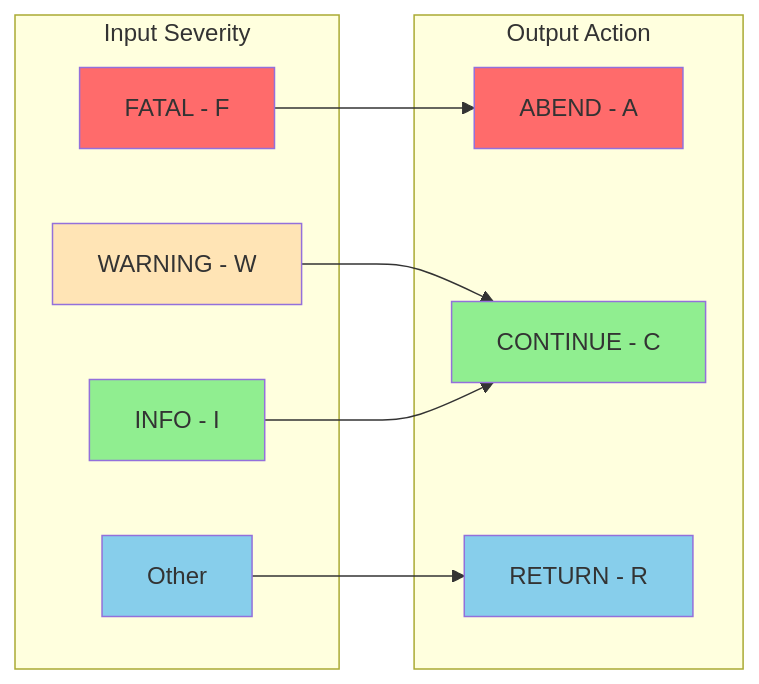
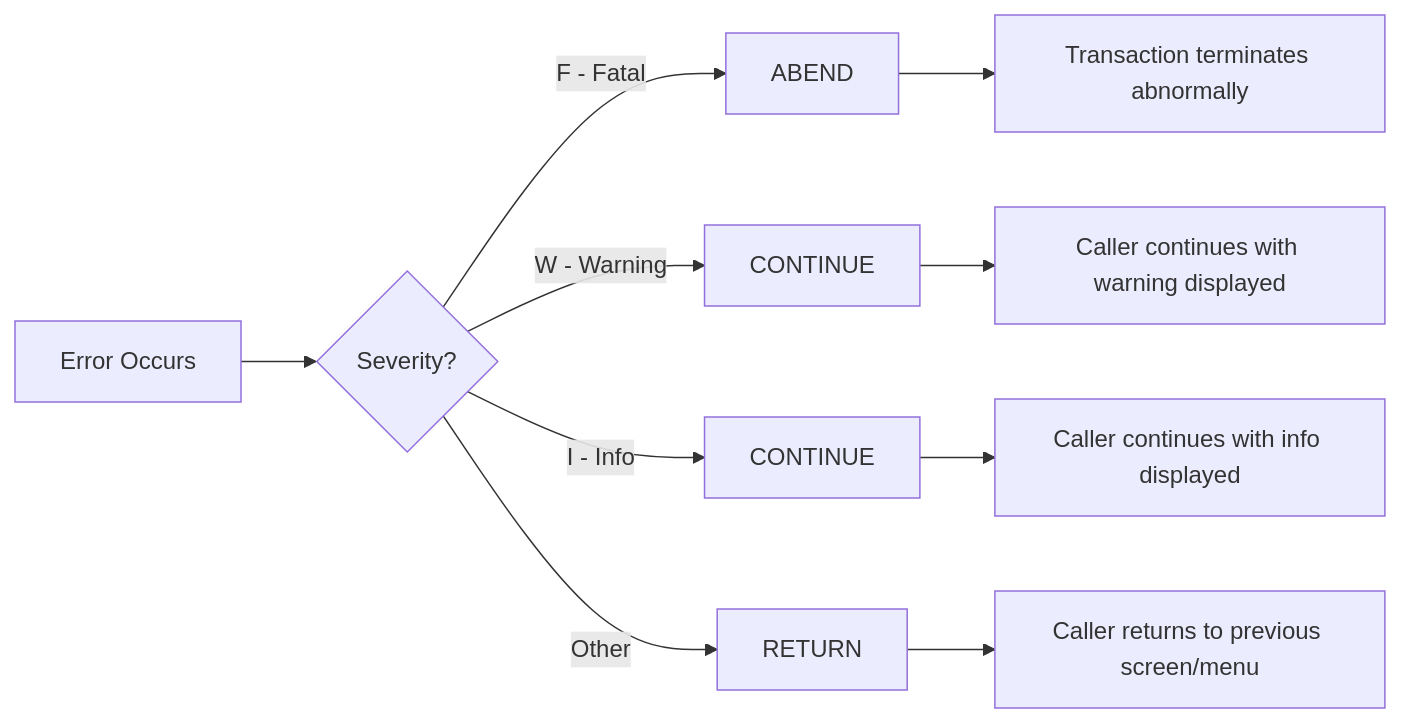
Before and after one commit to haladir-com/legacy-benchmark-docs-vb70e1: the second of 2 diagrams in docs/programs/ERRHNDL.mdx, drawn with Mermaid. The commit also changed other lines of this file and 63 other files, not shown here.

````diff
--- a/docs/programs/ERRHNDL.mdx
+++ b/docs/programs/ERRHNDL.mdx
@@ -189,28 +165,13 @@
 ```mermaid
-graph LR
-    subgraph Input Severity
-        F[FATAL - F]
-        W[WARNING - W]
-        I[INFO - I]
-        O[Other]
-    end
+flowchart LR
+    A[Error Occurs] --> B{Severity?}
+    B -->|F - Fatal| C[ABEND]
+    B -->|W - Warning| D[CONTINUE]
+    B -->|I - Info| E[CONTINUE]
+    B -->|Other| F[RETURN]
     
-    subgraph Output Action
-        A[ABEND - A]
-        C[CONTINUE - C]
-        R[RETURN - R]
-    end
-    
-    F --> A
-    W --> C
-    I --> C
-    O --> R
-    
-    style F fill:#FF6B6B
-    style A fill:#FF6B6B
-    style W fill:#FFE4B5
-    style I fill:#90EE90
-    style C fill:#90EE90
-    style O fill:#87CEEB
-    style R fill:#87CEEB
+    C --> G[Transaction terminates abnormally]
+    D --> H[Caller continues with warning displayed]
+    E --> I[Caller continues with info displayed]
+    F --> J[Caller returns to previous screen/menu]
 ```
````
